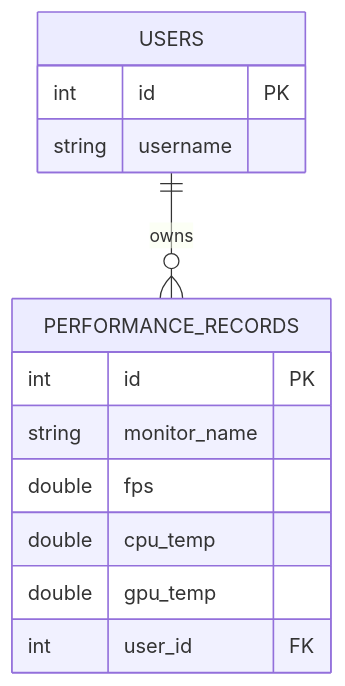
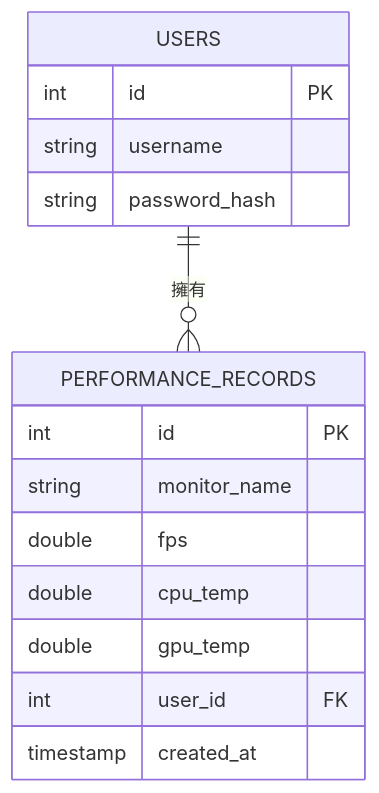
Before and after one commit to a0981667889/PC_Tracing_System: the second of 2 diagrams in README.md, drawn with Mermaid. The commit also changed other lines of this file, not shown here.

````diff
--- a/README.md
+++ b/README.md
@@ -131,16 +125,18 @@
 ```mermaid
 erDiagram
-    USERS ||--o{ PERFORMANCE_RECORDS : "owns"
+    USERS ||--o{ PERFORMANCE_RECORDS : "擁有"
     USERS {
         int id PK
         string username
+        string password_hash
     }
     PERFORMANCE_RECORDS {
         int id PK
         string monitor_name
         double fps
         double cpu_temp
         double gpu_temp
         int user_id FK
+        timestamp created_at
     }
 ```
````
